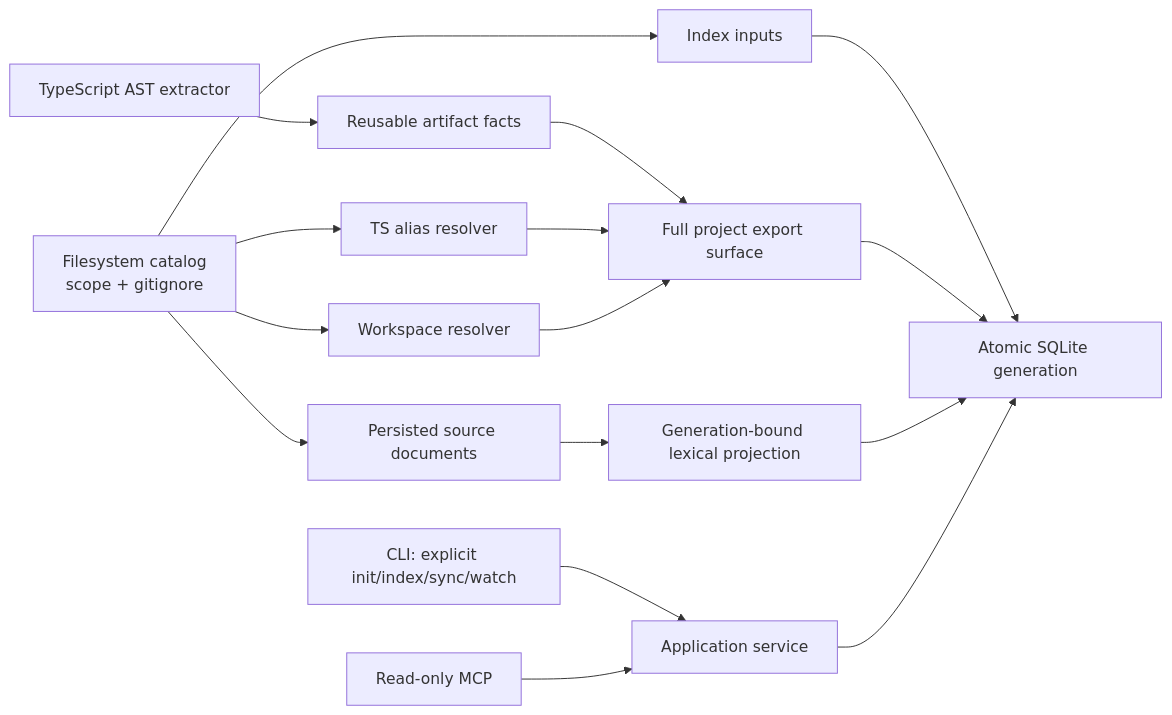
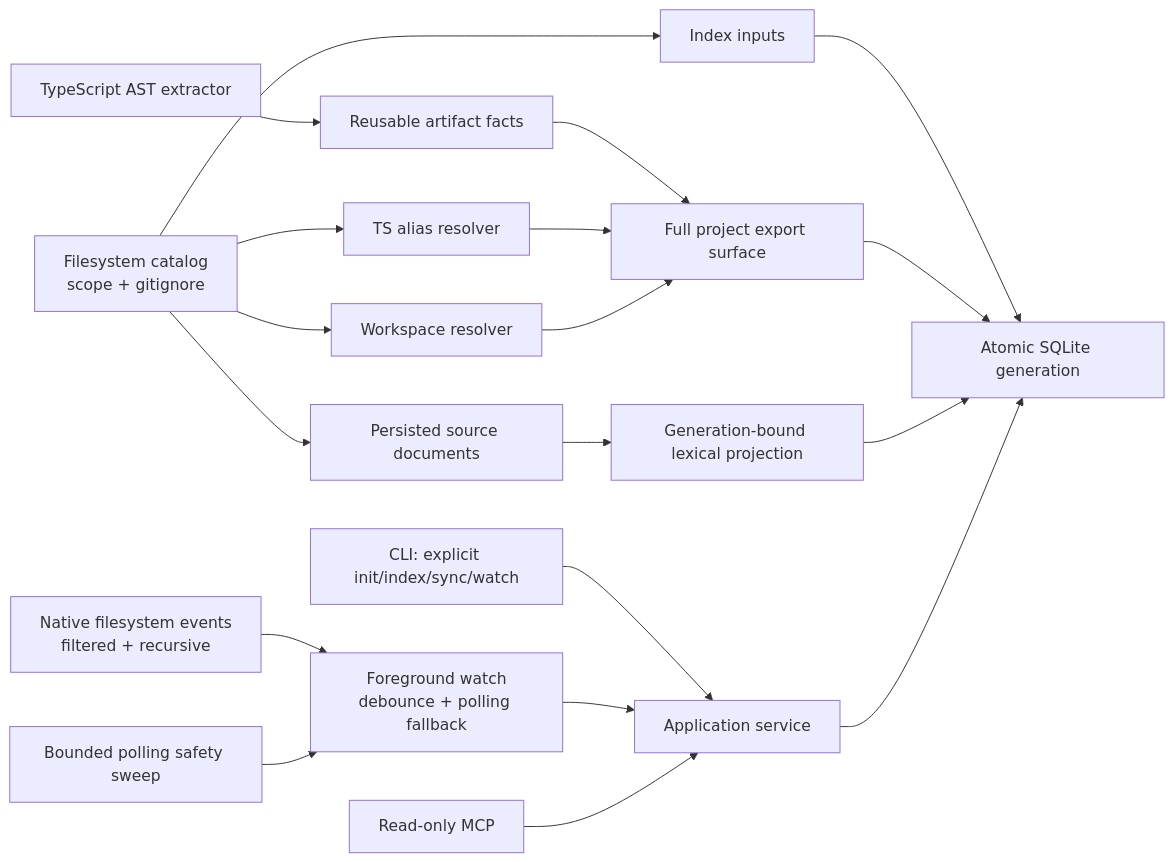
The diagram in README.md (HsinPu/SymbolLattice), drawn with Mermaid before and after one commit. The commit also changed other lines of this file and 12 other files, not shown here.

````diff
--- a/README.md
+++ b/README.md
@@ -369,18 +373,21 @@
 ```mermaid
 flowchart LR
   CLI["CLI: explicit init/index/sync/watch"] --> App["Application service"]
+  Native["Native filesystem events\nfiltered + recursive"] --> Watch["Foreground watch\ndebounce + polling fallback"]
+  Timer["Bounded polling safety sweep"] --> Watch
+  Watch --> App
   MCP["Read-only MCP"] --> App
   Catalog["Filesystem catalog\nscope + gitignore"] --> Inputs["Index inputs"]
   Catalog --> TS["TS alias resolver"]
   Catalog --> WS["Workspace resolver"]
   Extractor["TypeScript AST extractor"] --> Facts["Reusable artifact facts"]
   Catalog --> SourceDocs["Persisted source documents"]
   SourceDocs --> Retrieval["Generation-bound lexical projection"]
   Facts --> Resolver["Full project export surface"]
   TS --> Resolver
   WS --> Resolver
   Inputs --> SQLite["Atomic SQLite generation"]
   Resolver --> SQLite
   Retrieval --> SQLite
   App --> SQLite
 ```
````
